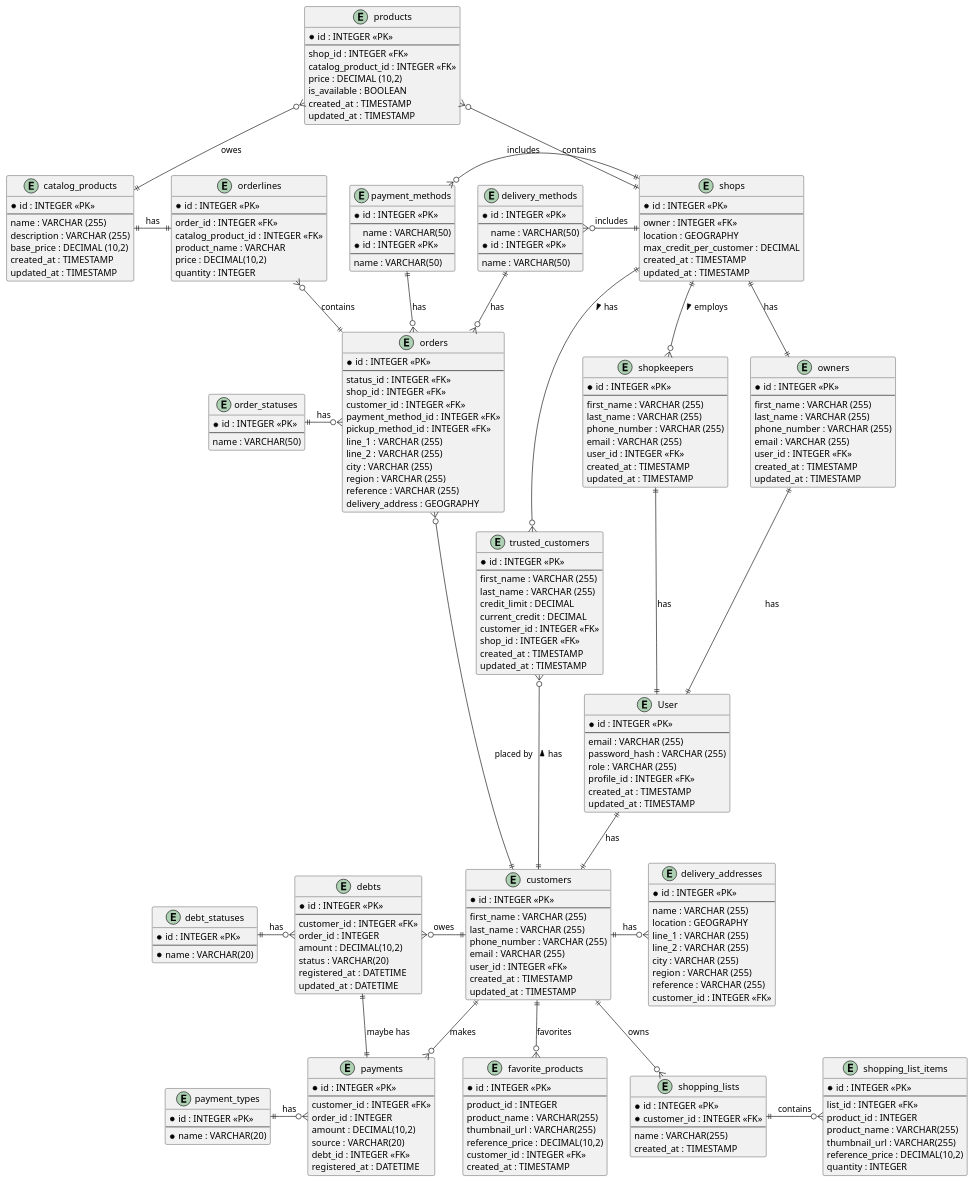
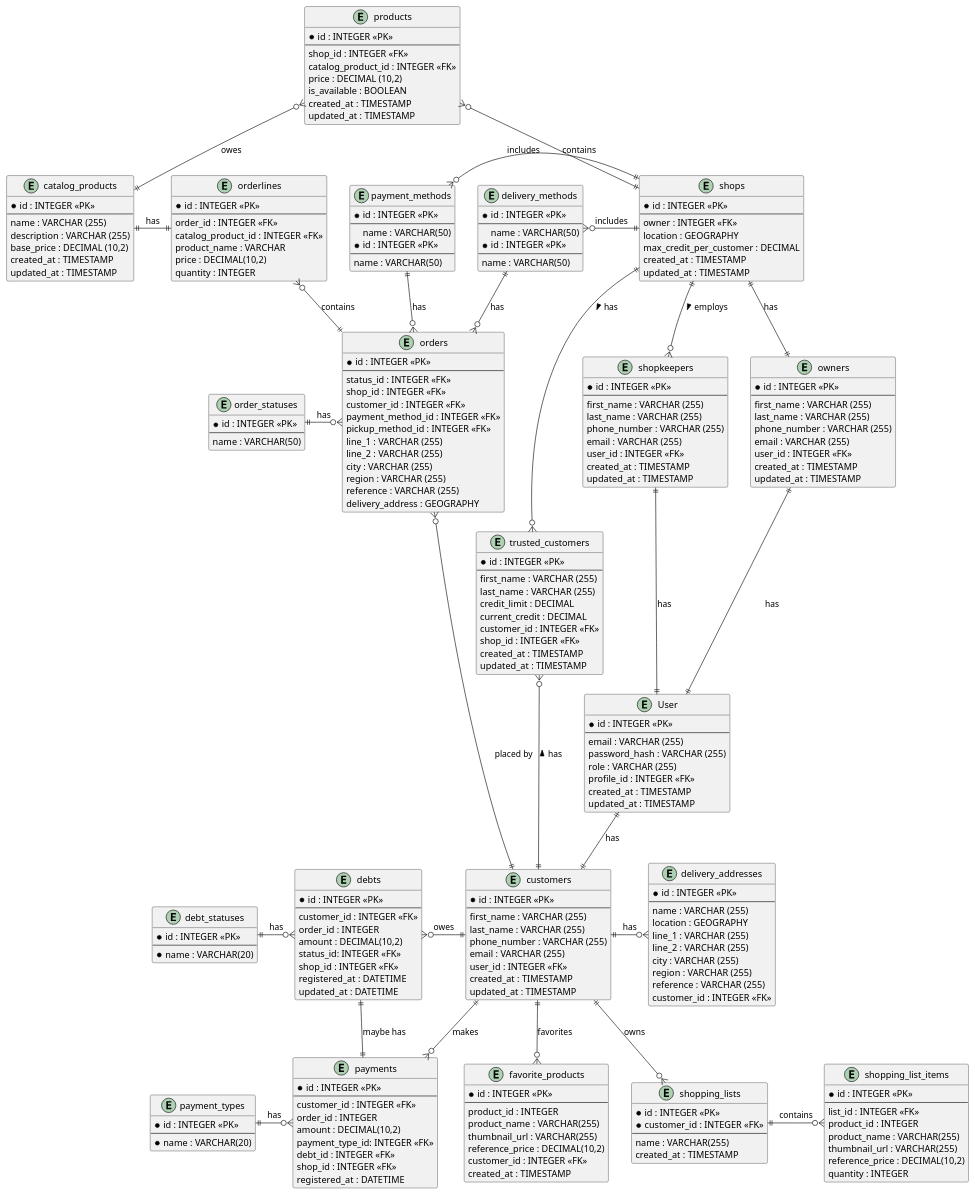
The diagram in puml/db/full.puml (Soulware-Apps-Moviles/report), drawn with PlantUML before and after one commit. The commit also changed 1 other file, not shown here.

Commit message:
fix: amend entity to enum relationships on checkout context

```diff
--- a/puml/db/full.puml
+++ b/puml/db/full.puml
@@ -10,28 +10,30 @@
   
   
   entity "payments" as payments {
-    * id : INTEGER <<PK>>
-    --
-    customer_id : INTEGER <<FK>>
-    order_id : INTEGER
-    amount : DECIMAL(10,2)
-    source : VARCHAR(20)
-    debt_id : INTEGER <<FK>>
-    registered_at : DATETIME
+      * id : INTEGER <<PK>>
+      --
+      customer_id : INTEGER <<FK>>
+      order_id : INTEGER
+      amount : DECIMAL(10,2)
+      payment_type_id: INTEGER <<FK>>
+      debt_id : INTEGER <<FK>>
+      shop_id : INTEGER <<FK>>
+      registered_at : DATETIME
   }
   
   entity "debts" as debts {
-    * id : INTEGER <<PK>>
-    --
-    customer_id : INTEGER <<FK>>
-    order_id : INTEGER
-    amount : DECIMAL(10,2)
-    status : VARCHAR(20)
-    registered_at : DATETIME
-    updated_at : DATETIME
+      * id : INTEGER <<PK>>
+      --
+      customer_id : INTEGER <<FK>>
+      order_id : INTEGER
+      amount : DECIMAL(10,2)
+      status_id: INTEGER <<FK>>
+      shop_id : INTEGER <<FK>>
+      registered_at : DATETIME
+      updated_at : DATETIME
   }
   
-  entity "payment_types" as payment_sources {
+  entity "payment_types" as payment_types {
     * id : INTEGER <<PK>>
     --
     * name : VARCHAR(20)
@@ -230,7 +232,7 @@
   ' =======================
   customers ||--o{ payments : "makes"
   customers ||-left-o{ debts : "owes"
-  payments }o-left-|| payment_sources : "has"
+  payments }o-left-|| payment_types : "has"
   debts }o-left-|| debt_statuses : "has"
   payments ||-up-|| debts : "maybe has"
   orders ||-up-o{ orderlines : "contains"
```
